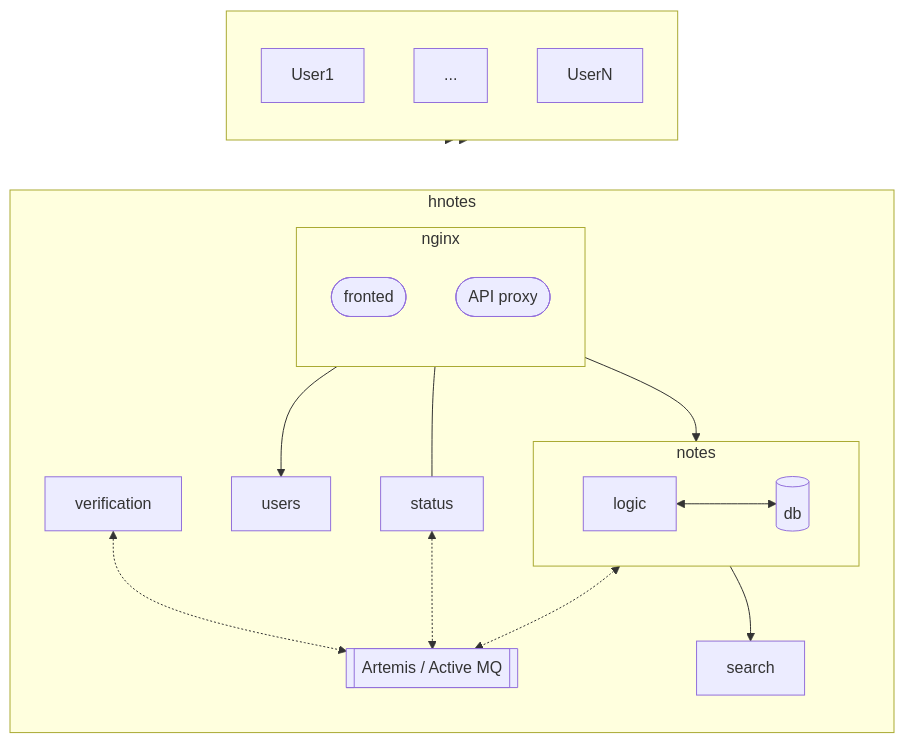
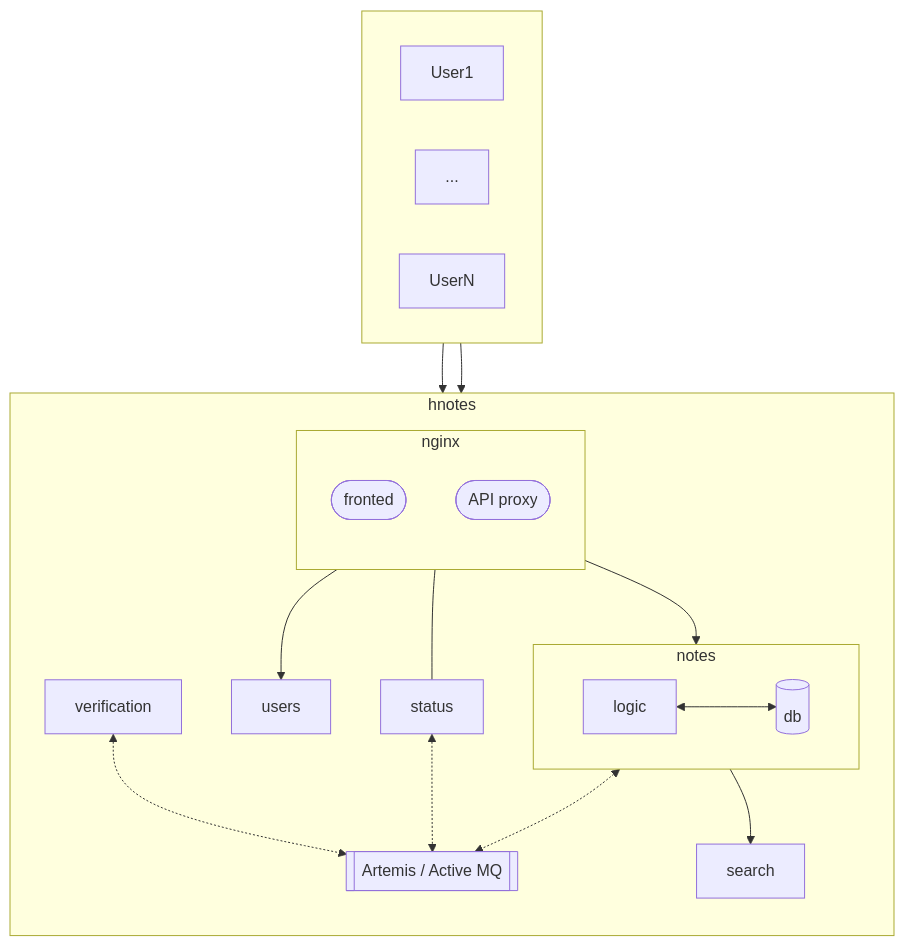
Before and after one commit to mateusz-holenko/hnotes: the diagram in README.md, drawn with Mermaid. The commit also changed other lines of this file, not shown here.

````diff
--- a/README.md
+++ b/README.md
@@ -20,47 +20,47 @@
 ```mermaid
 
 flowchart TB
   direction TB
   subgraph WORLD[" "]
-    direction TB
+    direction LR
     U1["User1"]
     U2["..."]
     UN["UserN"]
   end
   subgraph HN["hnotes"]
     direction TB
     subgraph NG["nginx"]
         direction TB
         Angular(["fronted"])
         API(["API proxy"])
     end
     US["users"]
     ST["status"]
     VE["verification"]
     SE["search"]
     subgraph NO["notes"]
         direction LR
         logic <--> db[("db")]
     end
 
     BR[["Artemis / Active MQ"]]
 
     API --> NO
     API --> US
 
     NO --> SE
     
     NO <-.-> BR
     VE <-.-> BR
     ST <-.-> BR 
    end
 
   U1 --> NG
   UN --> NG
   NG --- ST
 
   click Angular "https://github.com/mateusz-holenko/hnotes/tree/main/frontend" "Frontend application source code"
   click logic "https://github.com/mateusz-holenko/hnotes/tree/main/backend/notes_service" "Notes Service source code"
   %% click SE "https://github.com/mateusz-holenko/hnotes/tree/main/backend/notes_service" "Users Service source code"
   click US "https://github.com/mateusz-holenko/hnotes/tree/main/backend/users_service" "Users Service source code"
 ```
````
